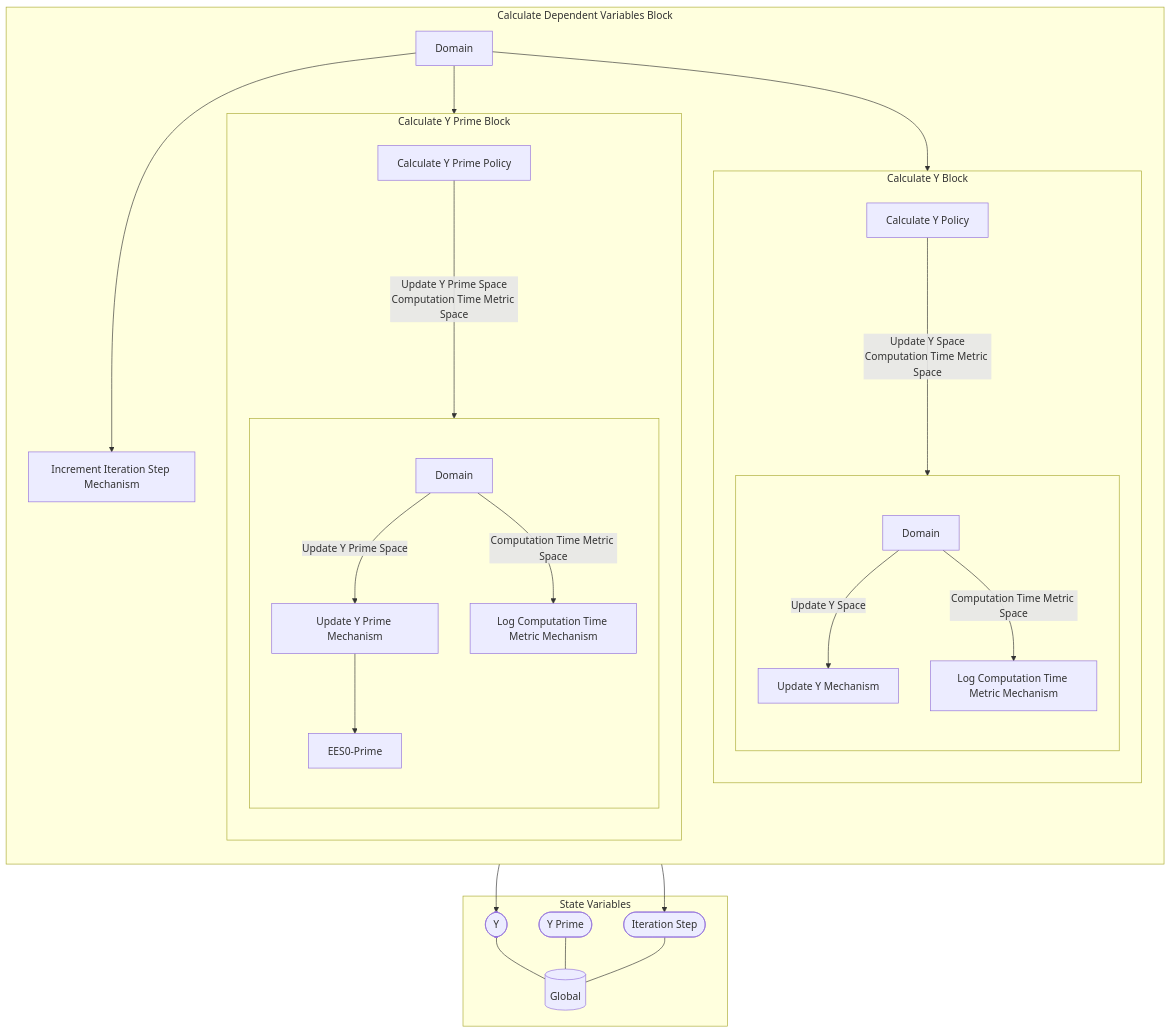
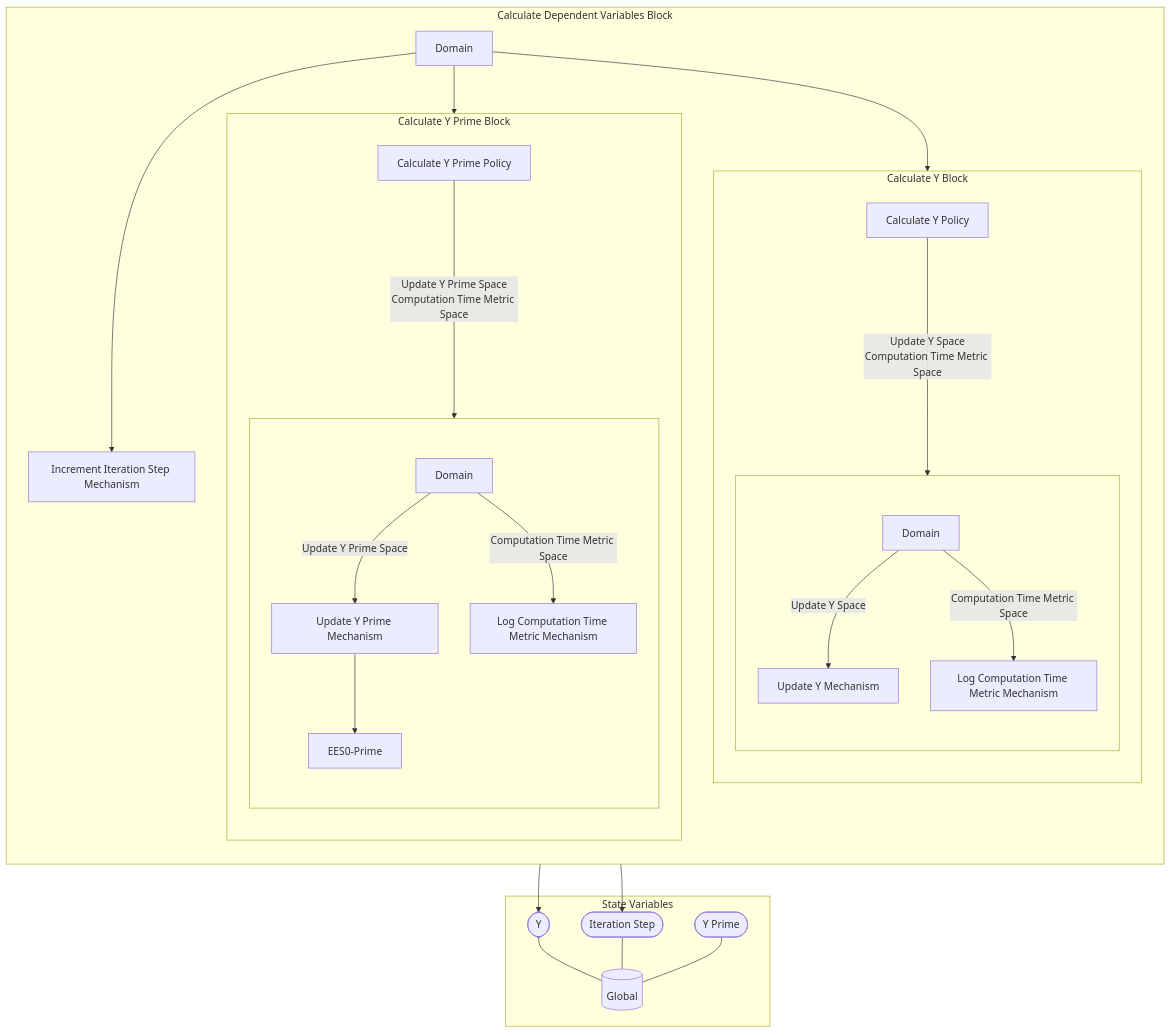
The diagram in MSML/reports/Markdown/Wiring/Calculate Dependent Variables Block.md (SeanMcOwen/Root-Finding-Simulation), drawn with Mermaid before and after one commit. The commit also changed other lines of this file and 12 other files, not shown here.

````diff
--- a/MSML/reports/Markdown/Wiring/Calculate Dependent Variables Block.md
+++ b/MSML/reports/Markdown/Wiring/Calculate Dependent Variables Block.md
@@ -3,62 +3,62 @@
 ```mermaid
 graph TB
 
 subgraph SVS["State Variables"]
 EE0[("Global")]
 EES0(["Y"])
 EES0 --- EE0
-EES1(["Y Prime"])
+EES1(["Iteration Step"])
 EES1 --- EE0
-EES2(["Iteration Step"])
+EES2(["Y Prime"])
 EES2 --- EE0
 end
 
 subgraph X18["Calculate Dependent Variables Block"]
 direction TB
 subgraph X7["Calculate Y Block"]
 direction TB
 X1["Calculate Y Policy"]
 subgraph X6[" "]
 direction TB
 X2["Update Y Mechanism"]
 X2 --> EES0
 X3["Log Computation Time Metric Mechanism"]
 X4[Domain]
 
 direction LR
 direction TB
 X4 --"Update Y Space"--> X2
 X4 --"Computation Time Metric Space"--> X3
 end
 X1--"Update Y Space
 Computation Time Metric Space"---->X6
 end
 subgraph X14["Calculate Y Prime Block"]
 direction TB
 X8["Calculate Y Prime Policy"]
 subgraph X13[" "]
 direction TB
 X9["Update Y Prime Mechanism"]
 X9 --> EES0-Prime
 X10["Log Computation Time Metric Mechanism"]
 X11[Domain]
 
 direction LR
 direction TB
 X11 --"Update Y Prime Space"--> X9
 X11 --"Computation Time Metric Space"--> X10
 end
 X8--"Update Y Prime Space
 Computation Time Metric Space"---->X13
 end
 X15["Increment Iteration Step Mechanism"]
-X15 --> EES2
+X15 --> EES1
 X16[Domain]
 
 direction LR
 direction TB
 X16 --> X7
 X16 --> X14
 X16 --> X15
 end
 ```
````
